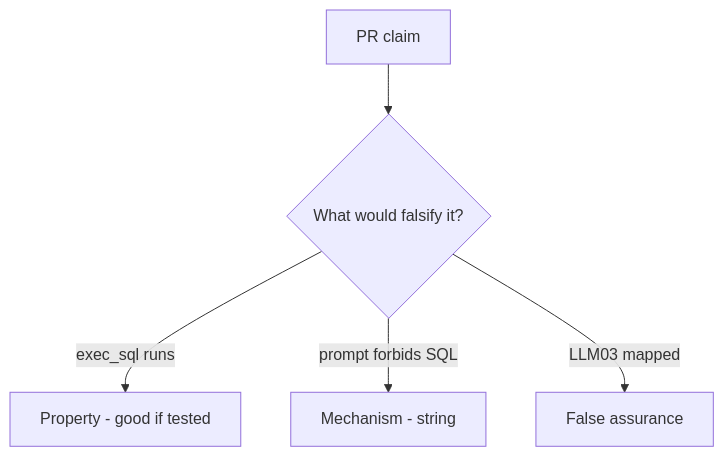
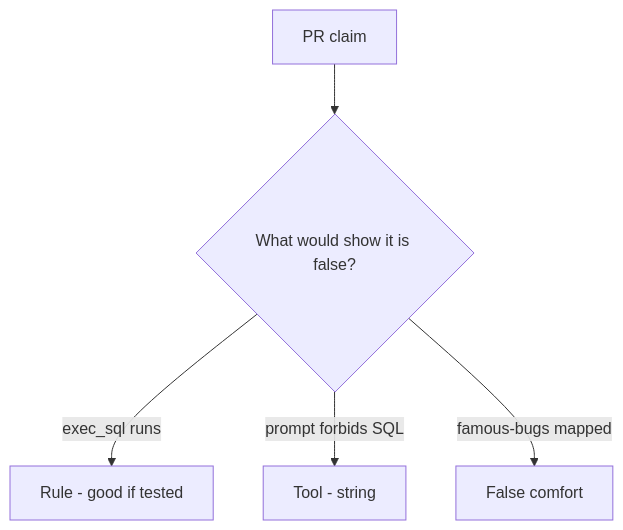
Before and after one commit to ishitvagoel/LearnSecurity: the diagram in content/modules/e/E1/lessons/08-review.md, drawn with Mermaid. The commit also changed other lines of this file and 55 other files, not shown here.

````diff
--- a/content/modules/e/E1/lessons/08-review.md
+++ b/content/modules/e/E1/lessons/08-review.md
@@ -17,7 +18,7 @@
 ```mermaid
 flowchart TD
-  Claim[PR claim] --> Q{"What would falsify it?"}
-  Q -->|exec_sql runs| Property["Property - good if tested"]
-  Q -->|prompt forbids SQL| Mechanism[Mechanism - string]
-  Q -->|LLM03 mapped| False[False assurance]
+  Claim[PR claim] --> Q{"What would show it is false?"}
+  Q -->|exec_sql runs| Property["Rule - good if tested"]
+  Q -->|prompt forbids SQL| Mechanism[Tool - string]
+  Q -->|famous-bugs mapped| False[False comfort]
 ```
````
